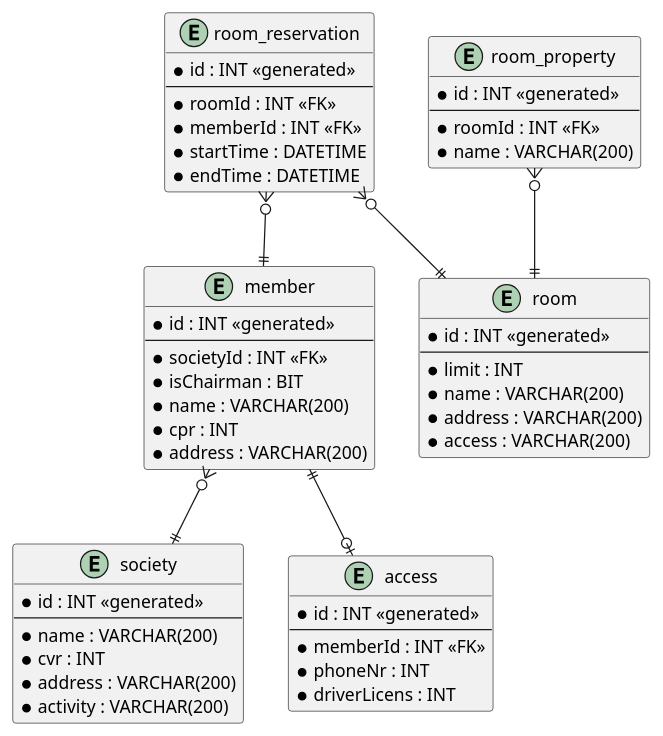
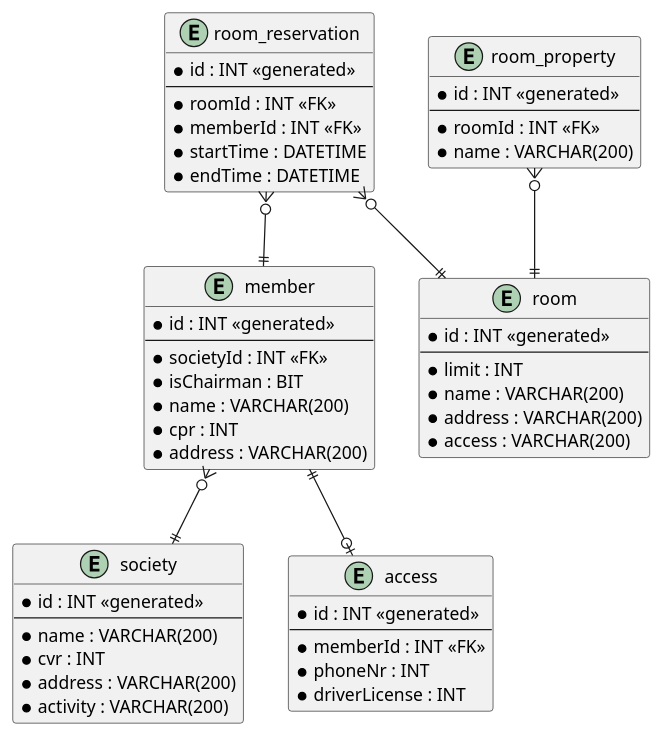
The diagram in EFCoreDab2/uml/er-diagram.puml (au-swte21-14/dab2), drawn with PlantUML before and after one commit.

Commit message:
Typo in er-diagram.puml

```diff
--- a/EFCoreDab2/uml/er-diagram.puml
+++ b/EFCoreDab2/uml/er-diagram.puml
@@ -1,64 +1,64 @@
 @startuml
 'https://plantuml.com/class-diagram
 
 entity society {
     * id : INT <<generated>>
     --
     * name : VARCHAR(200)
     * cvr : INT
     * address : VARCHAR(200)
     * activity : VARCHAR(200)
 }
 
 entity member {
     * id : INT <<generated>>
     --
     * societyId : INT <<FK>>
     * isChairman : BIT
     * name : VARCHAR(200)
     * cpr : INT
     * address : VARCHAR(200)
 }
 
 entity room {
     * id : INT <<generated>>
     --
     * limit : INT
     * name : VARCHAR(200)
     * address : VARCHAR(200)
     * access : VARCHAR(200)
 }
 
 entity room_property {
     * id : INT <<generated>>
     --
     * roomId : INT <<FK>>
     * name : VARCHAR(200)
 }
 
 entity room_reservation {
     * id : INT <<generated>>
     --
     * roomId : INT <<FK>>
     * memberId : INT <<FK>>
     * startTime : DATETIME
     * endTime : DATETIME
 }
 
 entity access {
     * id : INT <<generated>>
     --
     * memberId : INT <<FK>>
     * phoneNr : INT
-    * driverLicens : INT
+    * driverLicense : INT
 }
 
 
 
 member }o--|| society
 room_reservation }o--|| member
 room_reservation }o--|| room
 room_property }o--|| room
 member ||--o| access
 
 @enduml
```
